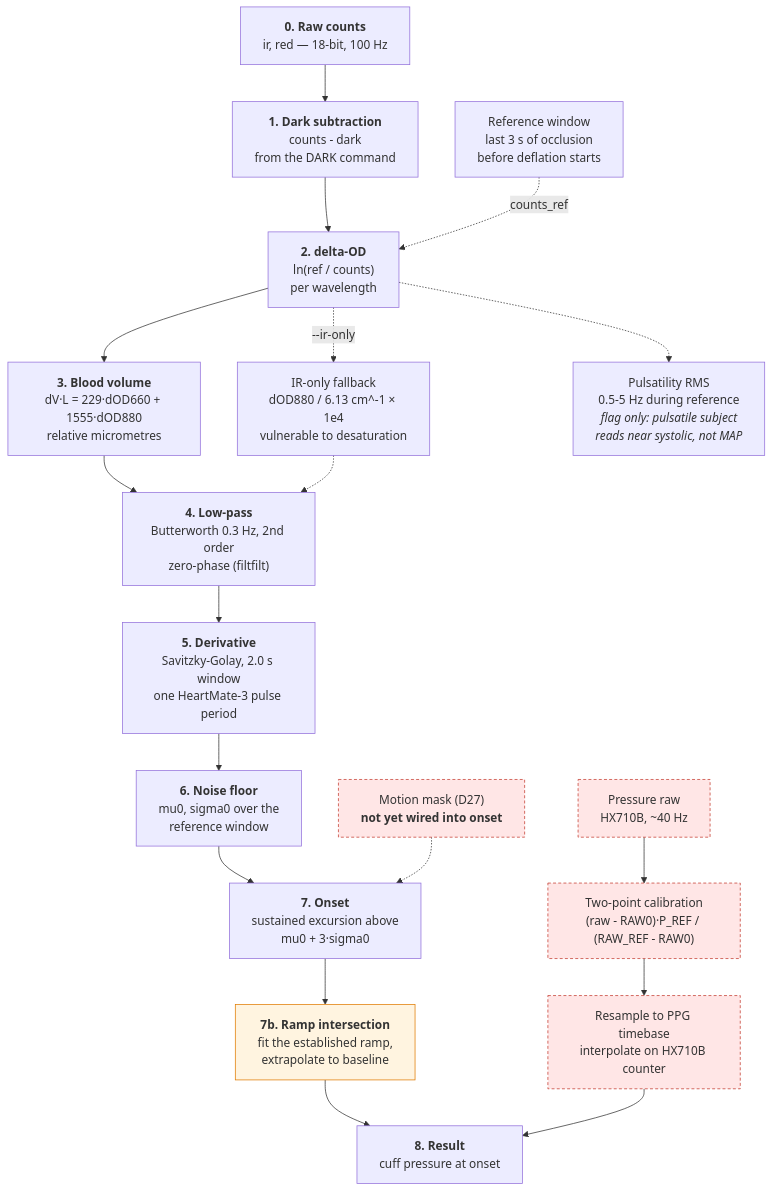
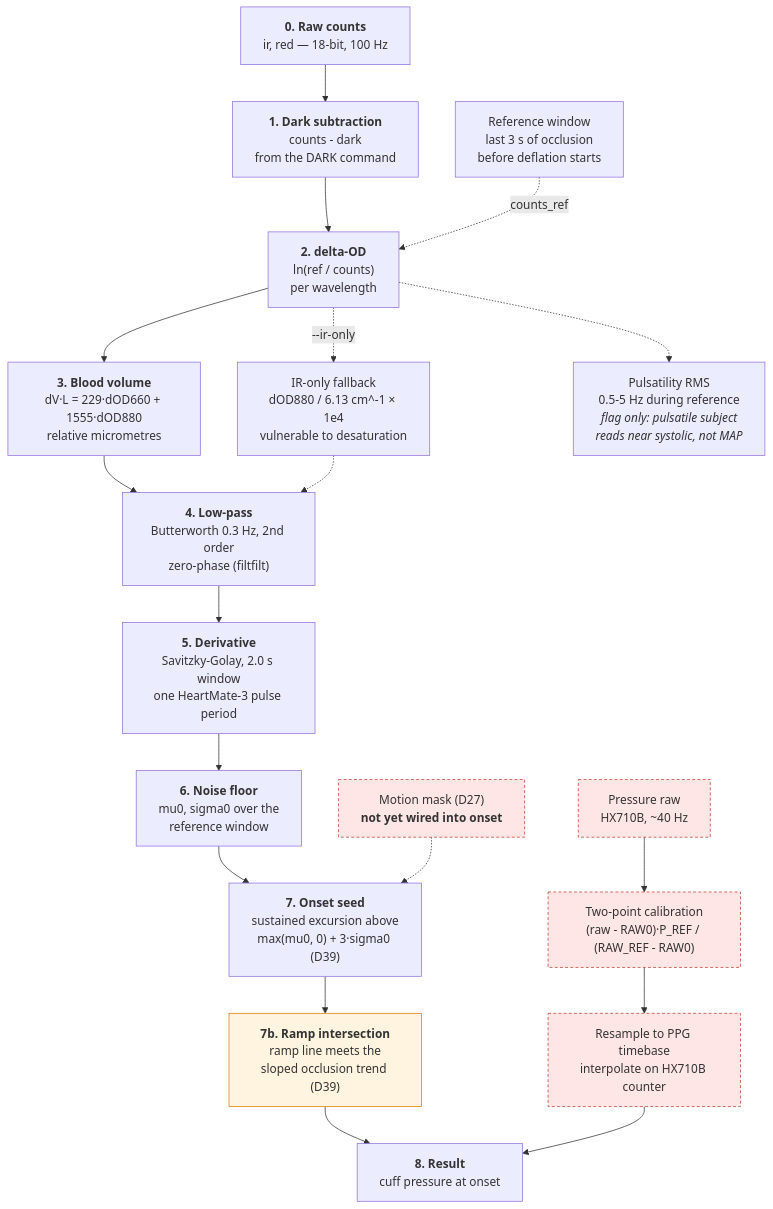
One commit to akkhilmorkonda/MAPQuest_PPG changed the third of 9 diagrams in docs/architecture.md. Above: the diagram before and after it, drawn with Mermaid. The commit also changed other lines of this file and 7 other files, not shown here.

First line of the commit message:
Onset: intersect the ramp with a sloped occlusion baseline (D39)

````diff
--- a/docs/architecture.md
+++ b/docs/architecture.md
@@ -133,38 +133,38 @@
 ```mermaid
 flowchart TD
     RAW["<b>0. Raw counts</b><br/>ir, red — 18-bit, 100 Hz"]
     DARK["<b>1. Dark subtraction</b><br/>counts - dark<br/>from the DARK command"]
     REF["Reference window<br/>last 3 s of occlusion<br/>before deflation starts"]
     OD["<b>2. delta-OD</b><br/>ln(ref / counts)<br/>per wavelength"]
     DV["<b>3. Blood volume</b><br/>dV·L = 229·dOD660 + 1555·dOD880<br/>relative micrometres"]
     LP["<b>4. Low-pass</b><br/>Butterworth 0.3 Hz, 2nd order<br/>zero-phase (filtfilt)"]
     D1["<b>5. Derivative</b><br/>Savitzky-Golay, 2.0 s window<br/>one HeartMate-3 pulse period"]
     NOISE["<b>6. Noise floor</b><br/>mu0, sigma0 over the<br/>reference window"]
-    ONSET["<b>7. Onset</b><br/>sustained excursion above<br/>mu0 + 3·sigma0"]
-    REFINE["<b>7b. Ramp intersection</b><br/>fit the established ramp,<br/>extrapolate to baseline"]
+    ONSET["<b>7. Onset seed</b><br/>sustained excursion above<br/>max(mu0, 0) + 3·sigma0 (D39)"]
+    REFINE["<b>7b. Ramp intersection</b><br/>ramp line meets the<br/>sloped occlusion trend (D39)"]
     MAP["<b>8. Result</b><br/>cuff pressure at onset"]
 
     RAW --> DARK --> OD --> DV --> LP --> D1
     REF -.->|"counts_ref"| OD
     D1 --> NOISE --> ONSET --> REFINE --> MAP
 
     MOTION["Motion mask (D27)<br/><b>not yet wired into onset</b>"]
     MOTION -.-> ONSET
 
     PRAW["Pressure raw<br/>HX710B, ~40 Hz"]
     PCAL["Two-point calibration<br/>(raw - RAW0)·P_REF / (RAW_REF - RAW0)"]
     PRES["Resample to PPG timebase<br/>interpolate on HX710B counter"]
     PRAW --> PCAL --> PRES --> MAP
 
     IRONLY["IR-only fallback<br/>dOD880 / 6.13 cm^-1 × 1e4<br/>vulnerable to desaturation"]
     OD -.->|"--ir-only"| IRONLY
     IRONLY -.-> LP
 
     PULS["Pulsatility RMS<br/>0.5-5 Hz during reference<br/><i>flag only: pulsatile subject<br/>reads near systolic, not MAP</i>"]
     OD -.-> PULS
 
     classDef deviation fill:#fff4e0,stroke:#e07b00
     classDef missing fill:#ffe6e6,stroke:#c43b2f,stroke-dasharray:4 3
     class REFINE deviation
     class PRAW,PCAL,PRES,MOTION missing
 ```
````
